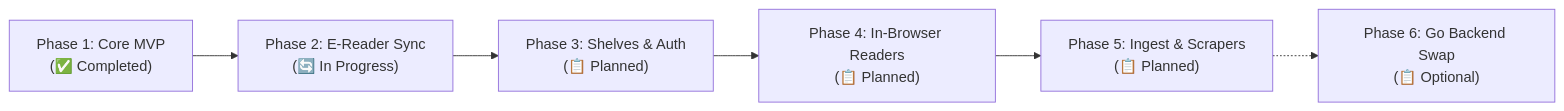
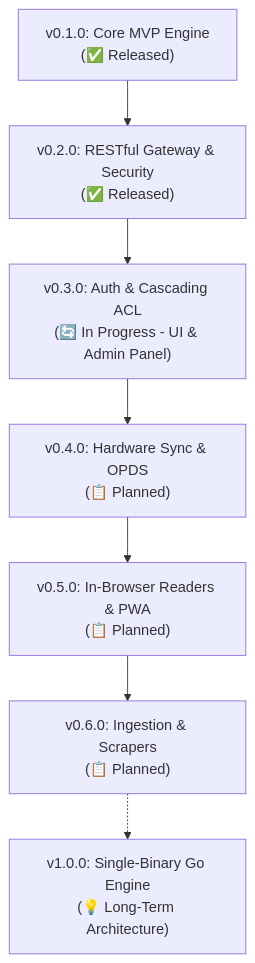
One commit to demeesterroeland/skalybr changed the diagram in ROADMAP.md. Above: the diagram before and after it, drawn with Mermaid. The commit also changed other lines of this file, not shown here.

Commit message:
docs: reorganize ROADMAP.md into versioned milestones and updated status

````diff
--- a/ROADMAP.md
+++ b/ROADMAP.md
@@ -9,8 +9,9 @@
 ```mermaid
-flowchart LR
-    P1["Phase 1: Core MVP<br/>(✅ Completed)"] --> P2["Phase 2: E-Reader Sync<br/>(🔄 In Progress)"]
-    P2 --> P3["Phase 3: Shelves & Auth<br/>(📋 Planned)"]
-    P3 --> P4["Phase 4: In-Browser Readers<br/>(📋 Planned)"]
-    P4 --> P5["Phase 5: Ingest & Scrapers<br/>(📋 Planned)"]
-    P5 -.-> P6["Phase 6: Go Backend Swap<br/>(📋 Optional)"]
+flowchart TD
+    V01["v0.1.0: Core MVP Engine<br/>(✅ Released)"] --> V02["v0.2.0: RESTful Gateway & Security<br/>(✅ Released)"]
+    V02 --> V03["v0.3.0: Auth & Cascading ACL<br/>(🔄 In Progress - UI & Admin Panel)"]
+    V03 --> V04["v0.4.0: Hardware Sync & OPDS<br/>(📋 Planned)"]
+    V04 --> V05["v0.5.0: In-Browser Readers & PWA<br/>(📋 Planned)"]
+    V05 --> V06["v0.6.0: Ingestion & Scrapers<br/>(📋 Planned)"]
+    V06 -.-> V07["v1.0.0: Single-Binary Go Engine<br/>(💡 Long-Term Architecture)"]
 ```
````
